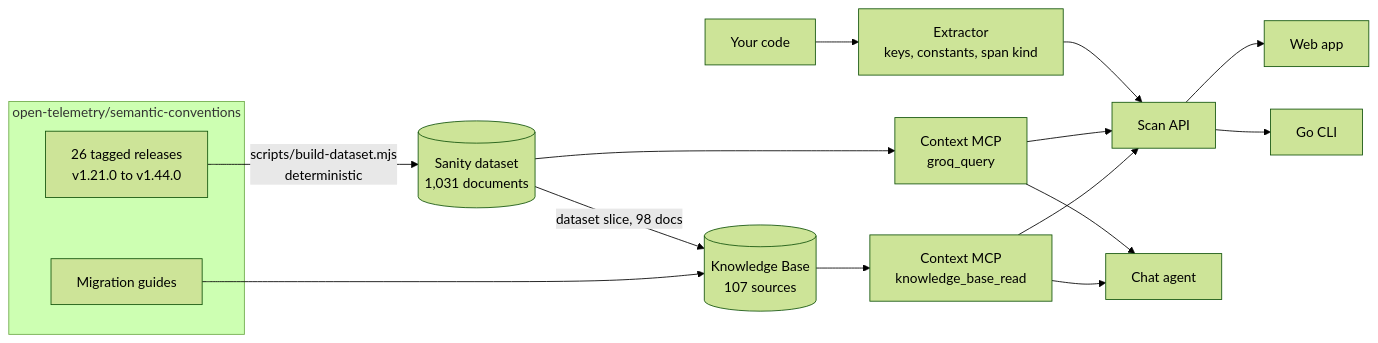
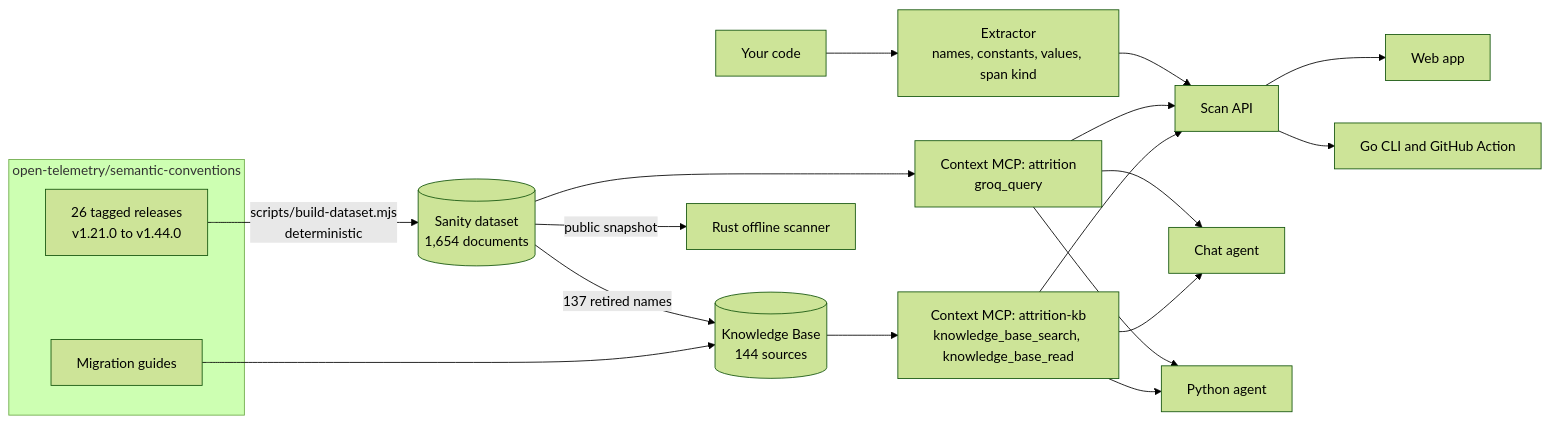
The diagram in README.md (vignesh2027/attrition), drawn with Mermaid (forest theme) before and after one commit. The commit also changed other lines of this file and 14 other files, not shown here.

````diff
--- a/README.md
+++ b/README.md
@@ -34,20 +36,23 @@
 ```mermaid
 flowchart LR
   subgraph Spec["open-telemetry/semantic-conventions"]
     R["26 tagged releases<br/>v1.21.0 to v1.44.0"]
     G["Migration guides"]
   end
-  R -->|scripts/build-dataset.mjs<br/>deterministic| D[("Sanity dataset<br/>1,031 documents")]
-  D -->|dataset slice, 98 docs| KB[("Knowledge Base<br/>107 sources")]
+  R -->|scripts/build-dataset.mjs<br/>deterministic| D[("Sanity dataset<br/>1,654 documents")]
+  D -->|137 retired names| KB[("Knowledge Base<br/>144 sources")]
   G --> KB
-  D --> M1["Context MCP<br/>groq_query"]
-  KB --> M2["Context MCP<br/>knowledge_base_read"]
-  C["Your code"] --> X["Extractor<br/>keys, constants, span kind"]
+  D --> M1["Context MCP: attrition<br/>groq_query"]
+  KB --> M2["Context MCP: attrition-kb<br/>knowledge_base_search, knowledge_base_read"]
+  C["Your code"] --> X["Extractor<br/>names, constants, values, span kind"]
   X --> A["Scan API"]
   M1 --> A
   M2 --> A
   A --> U["Web app"]
-  A --> CLI["Go CLI"]
+  A --> CLI["Go CLI and GitHub Action"]
+  D -->|public snapshot| RS["Rust offline scanner"]
   M1 --> Chat["Chat agent"]
   M2 --> Chat
+  M1 --> Py["Python agent"]
+  M2 --> Py
 ```
````
